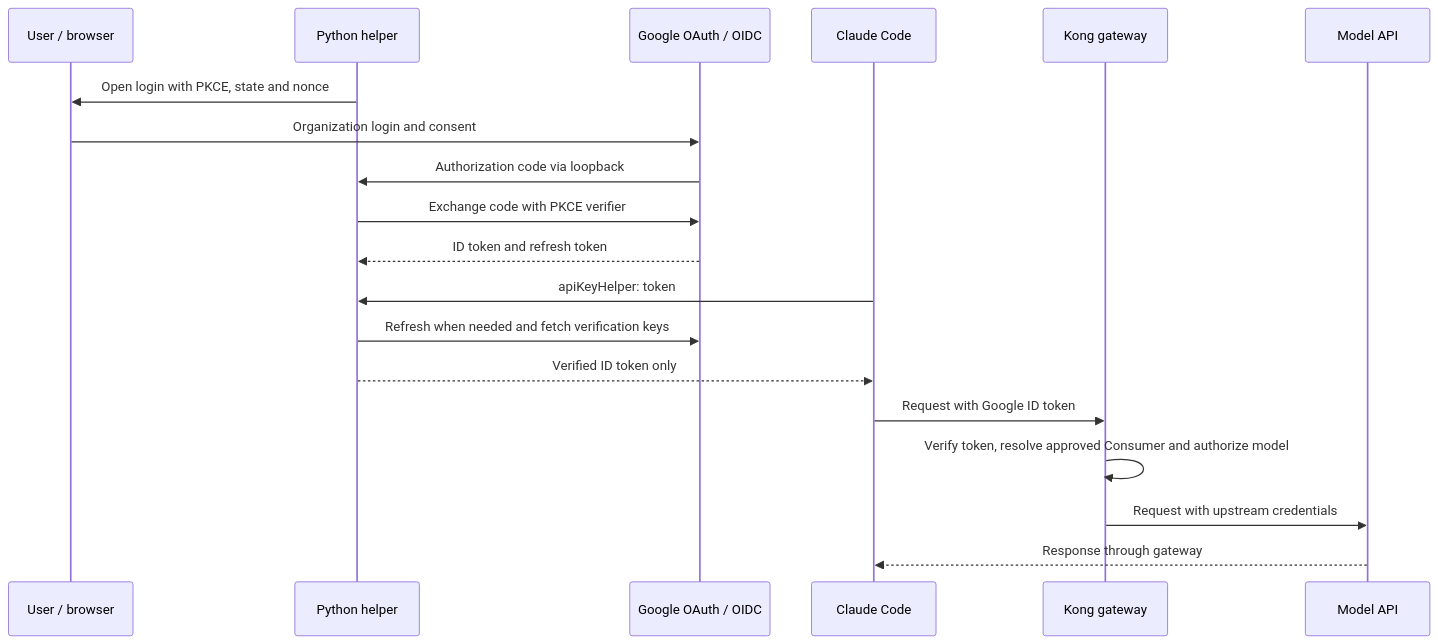
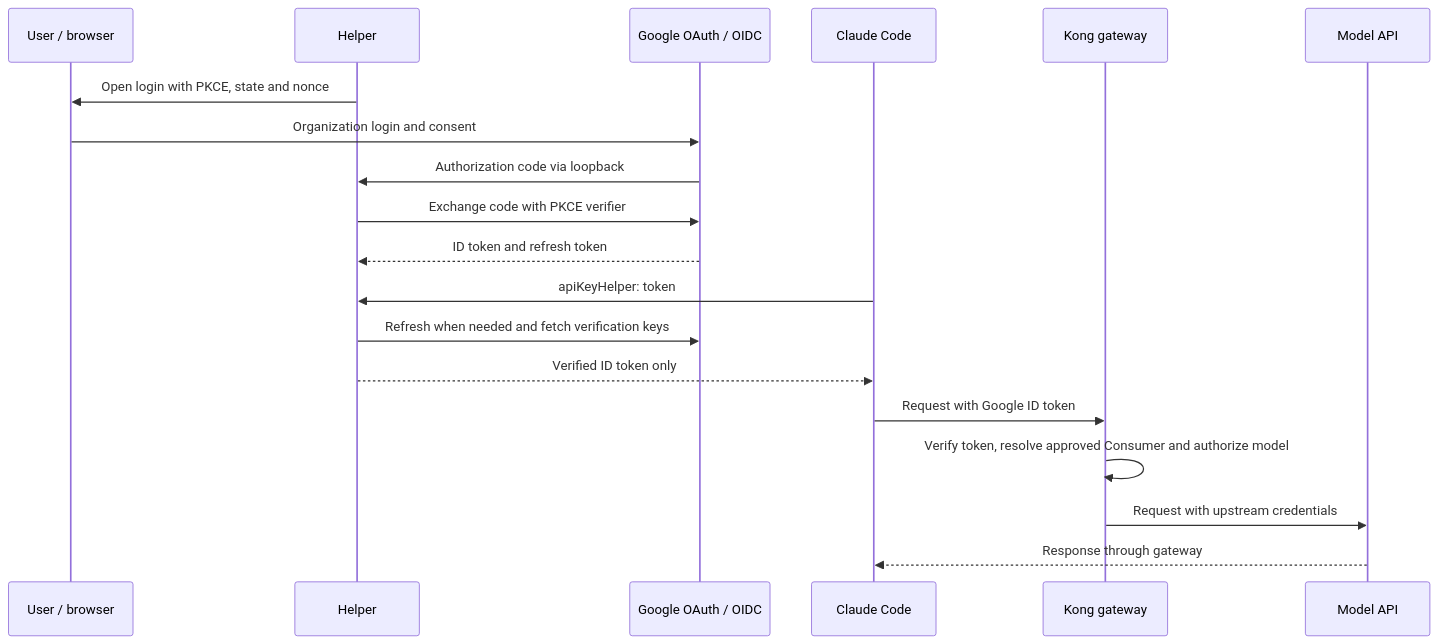
The diagram in README.md (sandats/claude-sso-helper-google-cloud-identity), drawn with Mermaid before and after one commit. The commit also changed other lines of this file and 11 other files, not shown here.

First line of the commit message:
Remove the Python implementation and document the Go helper

````diff
--- a/README.md
+++ b/README.md
@@ -11,21 +11,21 @@
 ```mermaid
 sequenceDiagram
     participant User as User / browser
-    participant Helper as Python helper
+    participant Helper as Helper
     participant Google as Google OAuth / OIDC
     participant Claude as Claude Code
     participant Kong as Kong gateway
     participant Model as Model API
     Helper->>User: Open login with PKCE, state and nonce
     User->>Google: Organization login and consent
     Google->>Helper: Authorization code via loopback
     Helper->>Google: Exchange code with PKCE verifier
     Google-->>Helper: ID token and refresh token
     Claude->>Helper: apiKeyHelper: token
     Helper->>Google: Refresh when needed and fetch verification keys
     Helper-->>Claude: Verified ID token only
     Claude->>Kong: Request with Google ID token
     Kong->>Kong: Verify token, resolve approved Consumer and authorize model
     Kong->>Model: Request with upstream credentials
     Model-->>Claude: Response through gateway
 ```
````
